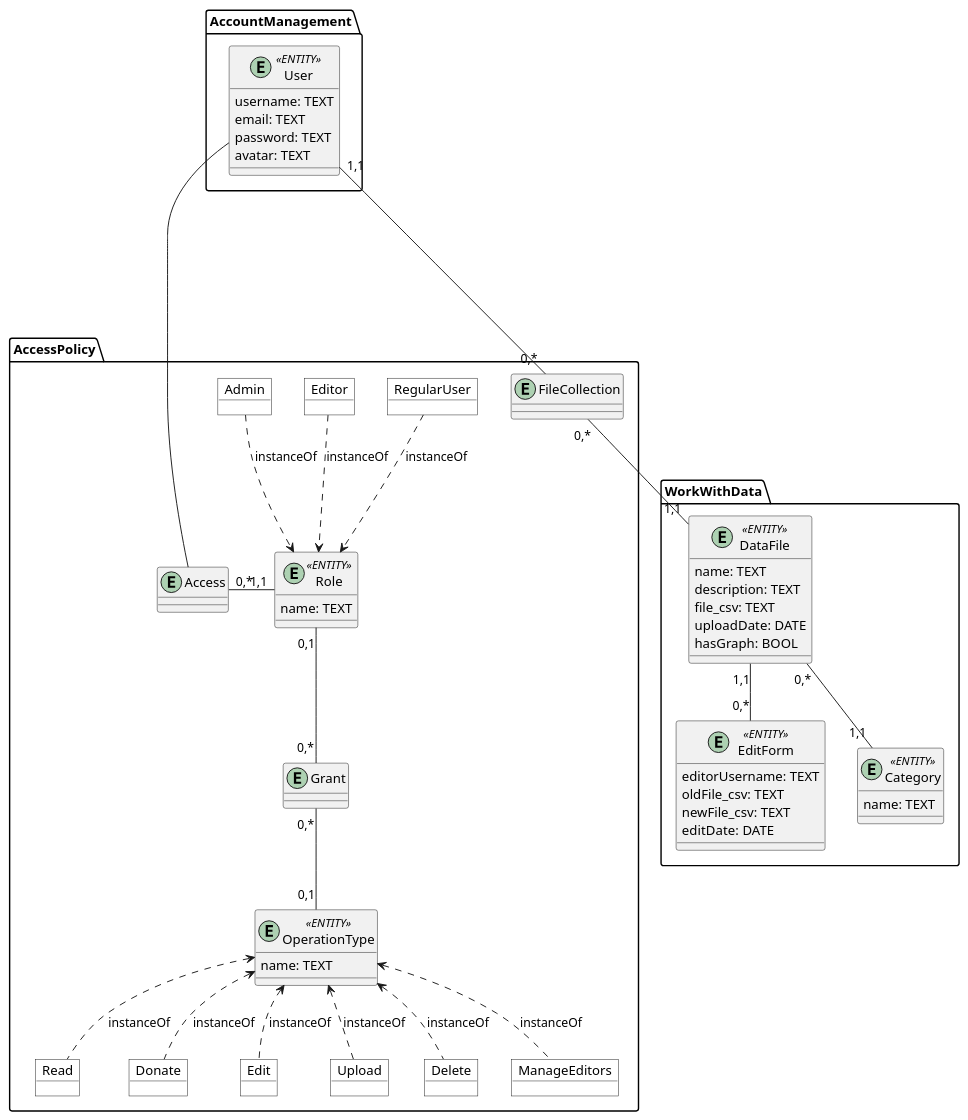
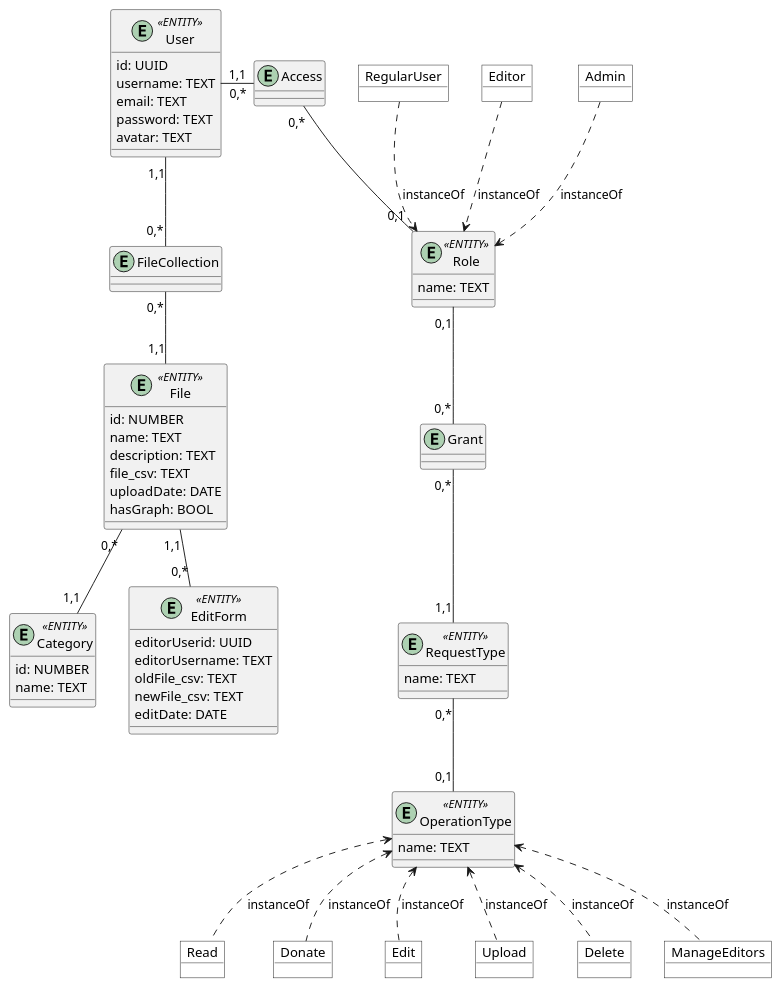
One commit to edu-db/edu_db_labs changed the second of 2 diagrams in docs/design/README.md. Above: the diagram before and after it, drawn with PlantUML. The commit also changed other lines of this file, not shown here.

```diff
--- a/docs/design/README.md
+++ b/docs/design/README.md
@@ -116,16 +124,12 @@
 @startuml 
 
-namespace AccountManagement {
-
 entity User <<ENTITY>> {
+    id: UUID
     username: TEXT
     email: TEXT
     password: TEXT
     avatar: TEXT
 }
-}
-
-namespace AccessPolicy {
 
 entity FileCollection
 
@@ -139,6 +143,10 @@
 entity Grant
 entity Access
 
+entity RequestType <<ENTITY>> {
+    name: TEXT
+}
+
 entity OperationType <<ENTITY>> {
     name: TEXT
 }
@@ -148,12 +156,10 @@
 object Upload #ffffff
 object Delete #ffffff
 object ManageEditors #ffffff
-}
 
 
-namespace WorkWithData {
-
-entity DataFile <<ENTITY>> {
+entity File <<ENTITY>> {
+    id: NUMBER
     name: TEXT 
     description: TEXT 
     file_csv: TEXT
@@ -162,35 +168,36 @@
 }
 
 entity Category <<ENTITY>> {
+    id: NUMBER
     name: TEXT
 }
 
 entity EditForm <<ENTITY>> {
+    editorUserid: UUID
     editorUsername: TEXT
     oldFile_csv: TEXT
     newFile_csv: TEXT
     editDate: DATE
 }
 
-}
 
-
-Role "1,1" -r- "0,*" Access
-Access -r- User
+Role "0,1" -u- "0,*" Access
+Access "0,*" -l- "1,1" User
 RegularUser ..> Role : instanceOf
 Editor ..> Role : instanceOf
 Admin ..> Role : instanceOf
 Grant "0,*" -u- "0,1"  Role
-OperationType "0,1" -u- "0,*"  Grant
+RequestType "1,1" -u- "0,*"  Grant
+RequestType "0,*" -- "0,1" OperationType
 Read .u.> OperationType : instanceOf
 Donate .u.> OperationType : instanceOf
 Edit .u.> OperationType : instanceOf
 Upload .u.> OperationType : instanceOf
 Delete .u.> OperationType : instanceOf
 ManageEditors .u.> OperationType : instanceOf
-User "1,1" ---d- "0,*" FileCollection
-FileCollection "0,*" -d- "1,1" DataFile
-EditForm "0,*" -u- "1,1" DataFile
-Category "1,1" -u- "0,*" DataFile
+User "1,1" -d- "0,*" FileCollection
+FileCollection "0,*" -d- "1,1" File
+EditForm "0,*" -u- "1,1" File
+Category "1,1" -u- "0,*" File
 
 @enduml 
```
